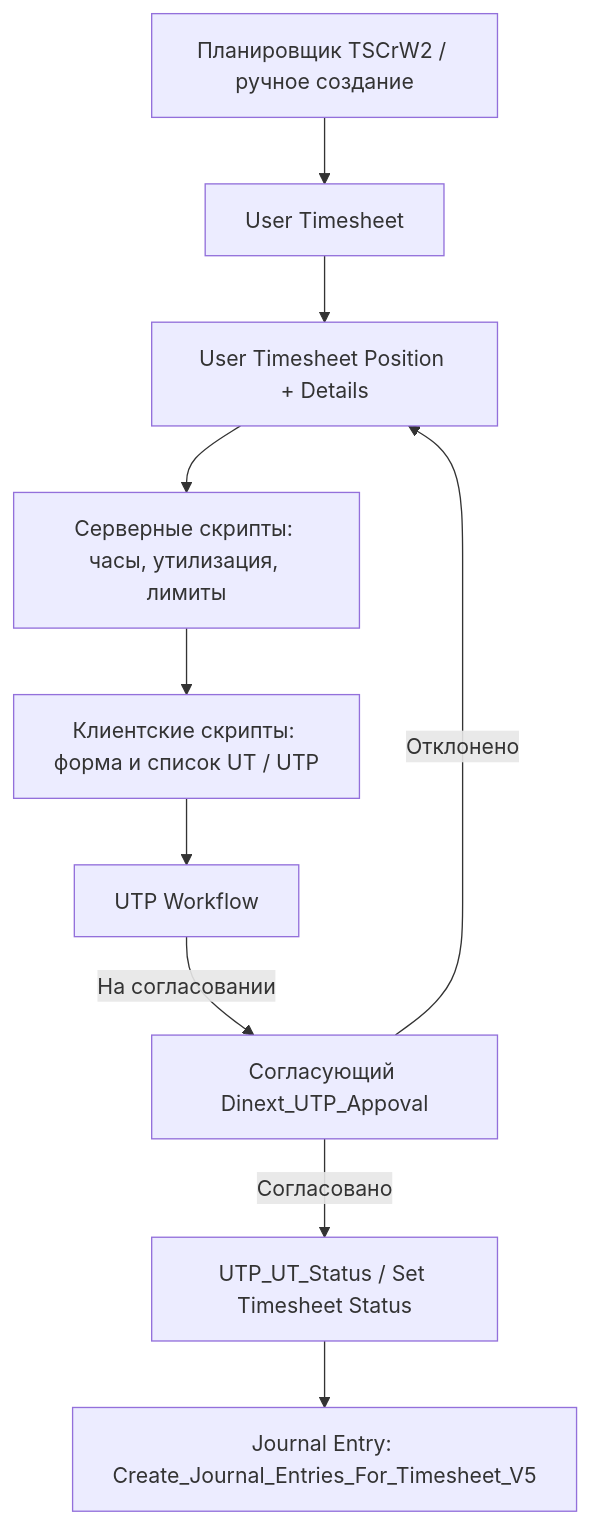
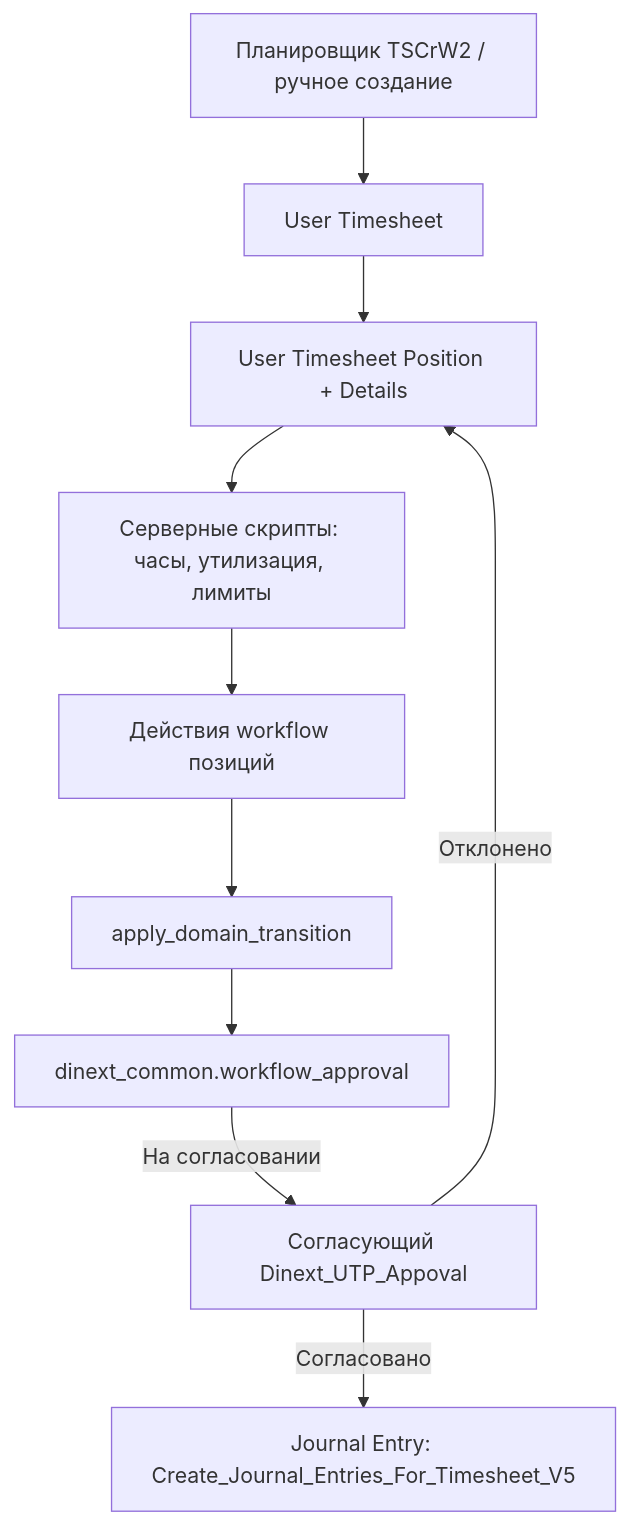
One commit to Dinext-pro/dinext-timesheets changed the first of 2 diagrams in README.ru.md. Above: the diagram before and after it, drawn with Mermaid. The commit also changed other lines of this file and 249 other files, not shown here.

````diff
--- a/README.ru.md
+++ b/README.ru.md
@@ -244,12 +280,12 @@
 ```mermaid
 flowchart TD
     A[Планировщик TSCrW2 / ручное создание] --> B[User Timesheet]
     B --> C[User Timesheet Position + Details]
     C --> D[Серверные скрипты: часы, утилизация, лимиты]
-    D --> E[Клиентские скрипты: форма и список UT / UTP]
-    E --> F[UTP Workflow]
-    F -->|На согласовании| G[Согласующий Dinext_UTP_Appoval]
-    G -->|Согласовано| H[UTP_UT_Status / Set Timesheet Status]
-    H --> I[Journal Entry: Create_Journal_Entries_For_Timesheet_V5]
-    G -->|Отклонено| C
+    D --> E[Действия workflow позиций]
+    E --> F[apply_domain_transition]
+    F --> G[dinext_common.workflow_approval]
+    G -->|На согласовании| H[Согласующий Dinext_UTP_Appoval]
+    H -->|Согласовано| I[Journal Entry: Create_Journal_Entries_For_Timesheet_V5]
+    H -->|Отклонено| C
 ```
````
